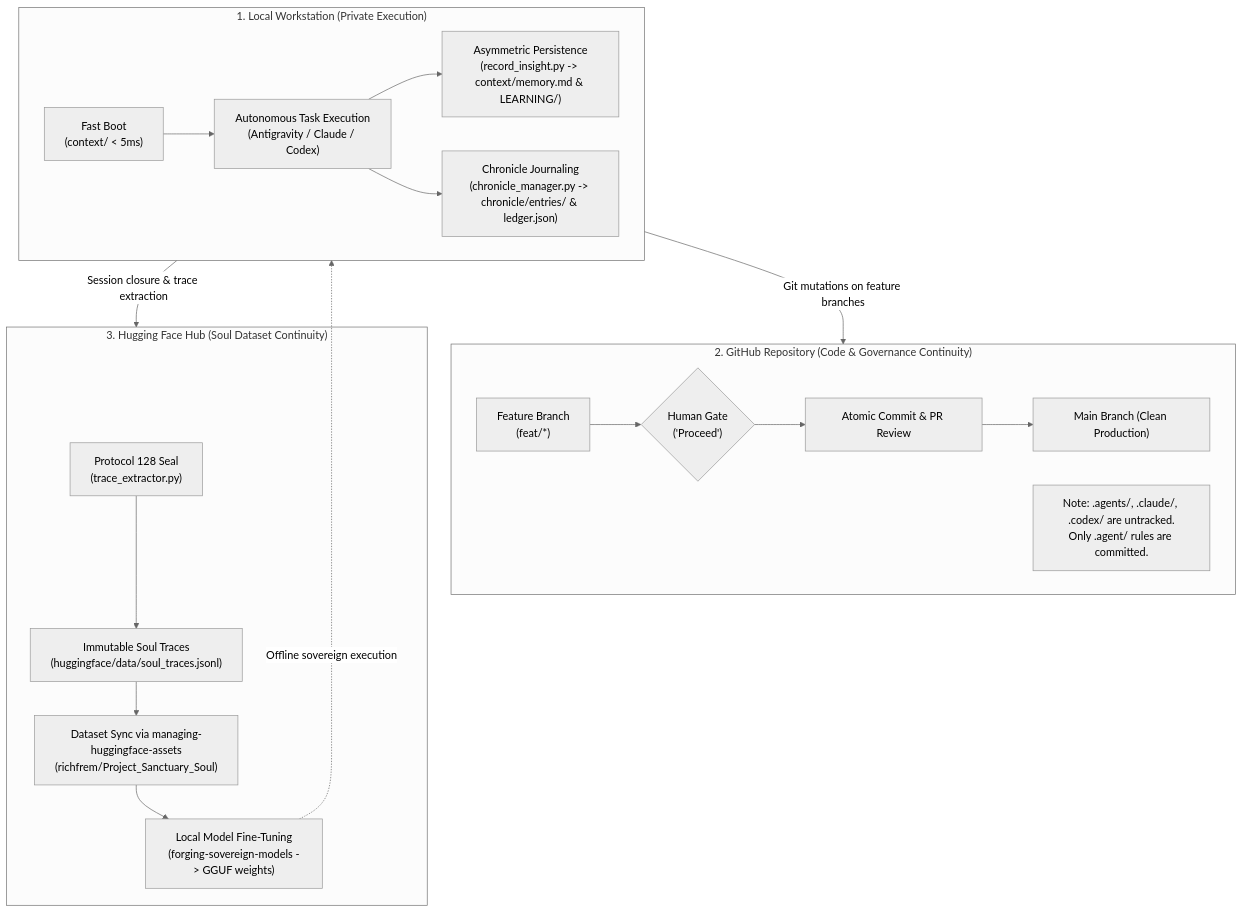
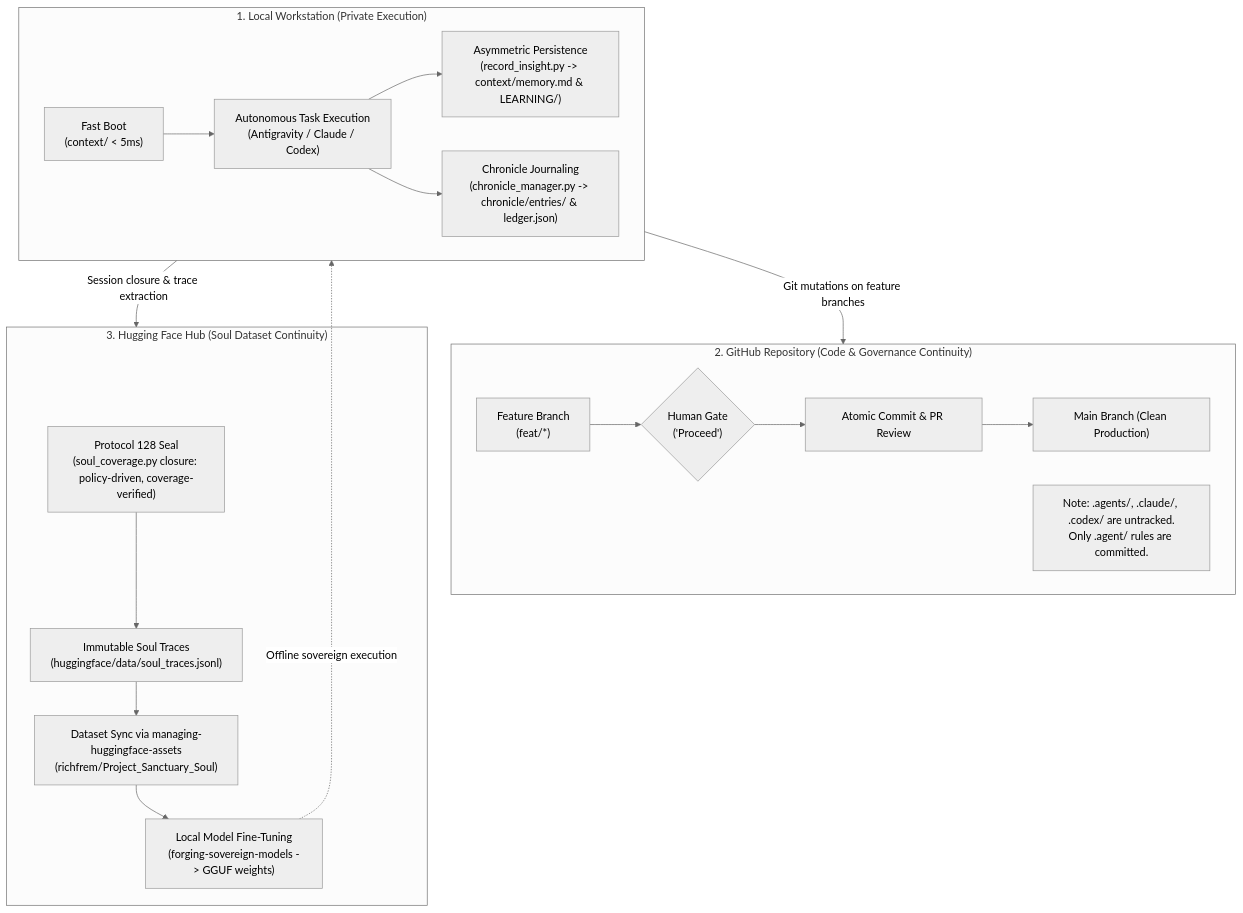
Before and after one commit to richfrem/Project_Sanctuary: the second of 2 diagrams in architecture.md, drawn with Mermaid (neutral theme). The commit also changed 19 other files, not shown here.

Commit message:
fix(soul): coverage-aware preservation - policy-driven export, coverage manifest, soul index, four-fact check, remote verification and receipts; relocate MISSION-058 dossier to LEARNING/research (#373)

````diff
--- a/architecture.md
+++ b/architecture.md
@@ -188,25 +188,25 @@
 ```mermaid
 flowchart TD
     subgraph LocalMachine["1. Local Workstation (Private Execution)"]
         Boot["Fast Boot<br/>(context/ &lt; 5ms)"] --> Exec["Autonomous Task Execution<br/>(Antigravity / Claude / Codex)"]
         Exec --> AsymPersist["Asymmetric Persistence<br/>(record_insight.py -> context/memory.md &amp; LEARNING/)"]
         Exec --> ChronLedger["Chronicle Journaling<br/>(chronicle_manager.py -> chronicle/entries/ &amp; ledger.json)"]
     end
 
     subgraph GitHubCommons["2. GitHub Repository (Code & Governance Continuity)"]
         Branch["Feature Branch<br/>(feat/*)"] --> HumanGate{"Human Gate<br/>('Proceed')"}
         HumanGate --> GitCommit["Atomic Commit &amp; PR Review"]
         GitCommit --> MergeMain["Main Branch (Clean Production)"]
         NoteGit["Note: .agents/, .claude/, .codex/ are untracked.<br/>Only .agent/ rules are committed."]
     end
 
     subgraph HuggingFaceCommons["3. Hugging Face Hub (Soul Dataset Continuity)"]
-        SealSession["Protocol 128 Seal<br/>(trace_extractor.py)"] --> JSONL["Immutable Soul Traces<br/>(huggingface/data/soul_traces.jsonl)"]
+        SealSession["Protocol 128 Seal<br/>(soul_coverage.py closure: policy-driven, coverage-verified)"] --> JSONL["Immutable Soul Traces<br/>(huggingface/data/soul_traces.jsonl)"]
         JSONL --> HFUpload["Dataset Sync via managing-huggingface-assets<br/>(richfrem/Project_Sanctuary_Soul)"]
         HFUpload --> ModelForge["Local Model Fine-Tuning<br/>(forging-sovereign-models -> GGUF weights)"]
     end
 
     LocalMachine -->|Git mutations on feature branches| GitHubCommons
     LocalMachine -->|Session closure &amp; trace extraction| HuggingFaceCommons
     ModelForge -.->|Offline sovereign execution| LocalMachine
 ```
````
